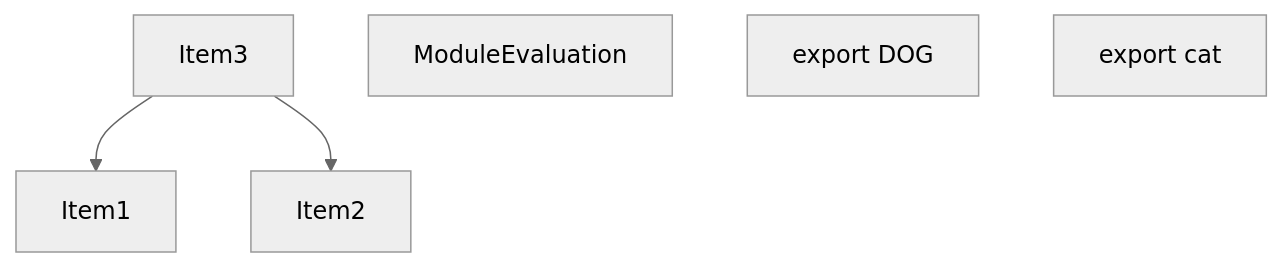
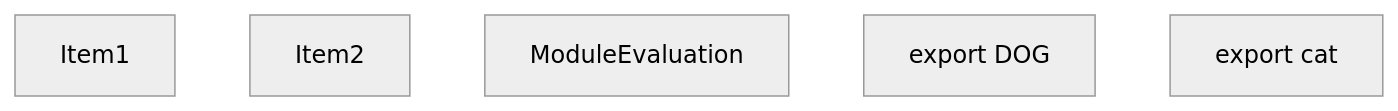
The third of 5 diagrams in crates/turbopack-ecmascript/tests/tree-shaker/analyzer/multi-export/output.md (vercel/turborepo), drawn with Mermaid (neutral theme) before and after one commit. The commit also changed other lines of this file and 3 other files, not shown here.

````diff
--- a/crates/turbopack-ecmascript/tests/tree-shaker/analyzer/multi-export/output.md
+++ b/crates/turbopack-ecmascript/tests/tree-shaker/analyzer/multi-export/output.md
@@ -64,14 +50,11 @@
 ```mermaid
 graph TD
     Item1;
     Item2;
     Item3;
+    Item3["ModuleEvaluation"];
     Item4;
-    Item4["ModuleEvaluation"];
+    Item4["export DOG"];
     Item5;
-    Item5["export DOG"];
-    Item6;
-    Item6["export cat"];
-    Item3 --> Item1;
-    Item3 --> Item2;
+    Item5["export cat"];
 ```
````
